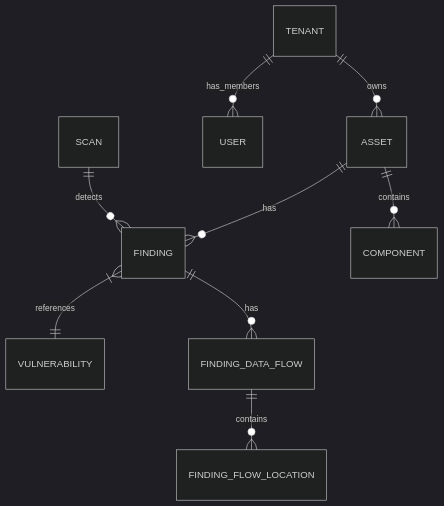
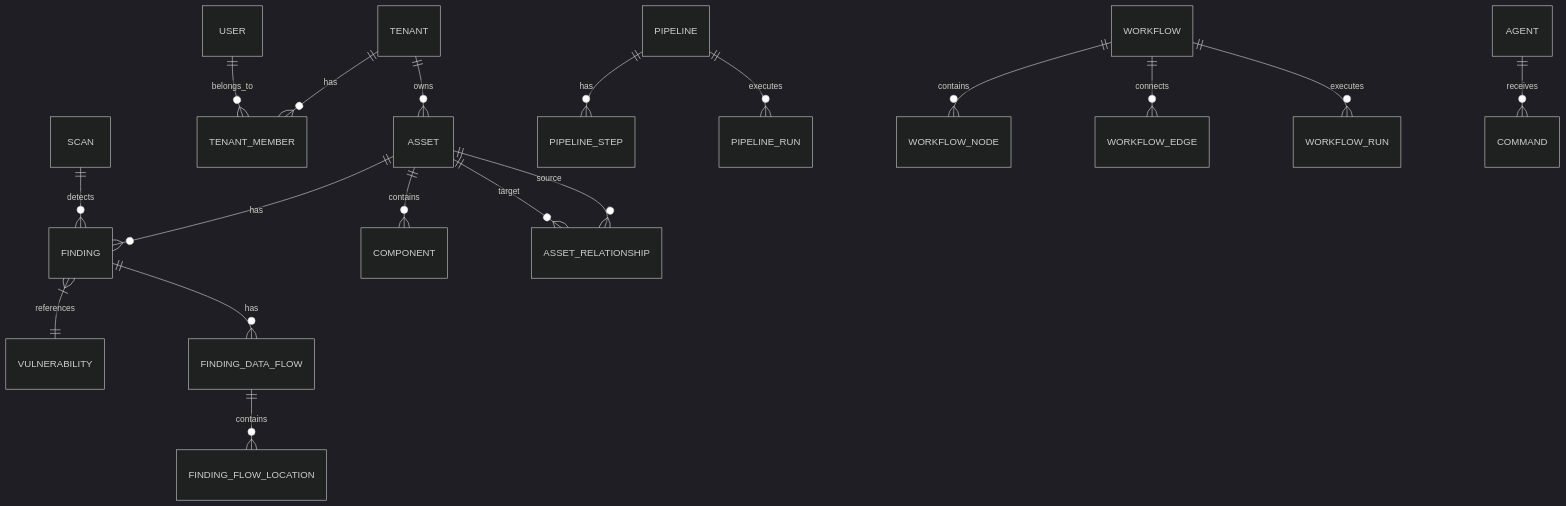
Before and after one commit to openctemio/docs: the diagram in database/schema.md, drawn with Mermaid (dark theme). The commit also changed other lines of this file and 58 other files, not shown here.

````diff
--- a/database/schema.md
+++ b/database/schema.md
@@ -67,11 +124,20 @@
 ```mermaid
 erDiagram
     TENANT ||--o{ ASSET : owns
-    TENANT ||--o{ USER : has_members
+    TENANT ||--o{ TENANT_MEMBER : has
+    USER ||--o{ TENANT_MEMBER : belongs_to
     ASSET ||--o{ FINDING : has
     ASSET ||--o{ COMPONENT : contains
+    ASSET ||--o{ ASSET_RELATIONSHIP : source
+    ASSET ||--o{ ASSET_RELATIONSHIP : target
     FINDING }|--|| VULNERABILITY : references
     FINDING ||--o{ FINDING_DATA_FLOW : has
     FINDING_DATA_FLOW ||--o{ FINDING_FLOW_LOCATION : contains
     SCAN ||--o{ FINDING : detects
+    PIPELINE ||--o{ PIPELINE_STEP : has
+    PIPELINE ||--o{ PIPELINE_RUN : executes
+    WORKFLOW ||--o{ WORKFLOW_NODE : contains
+    WORKFLOW ||--o{ WORKFLOW_EDGE : connects
+    WORKFLOW ||--o{ WORKFLOW_RUN : executes
+    AGENT ||--o{ COMMAND : receives
 ```
````
